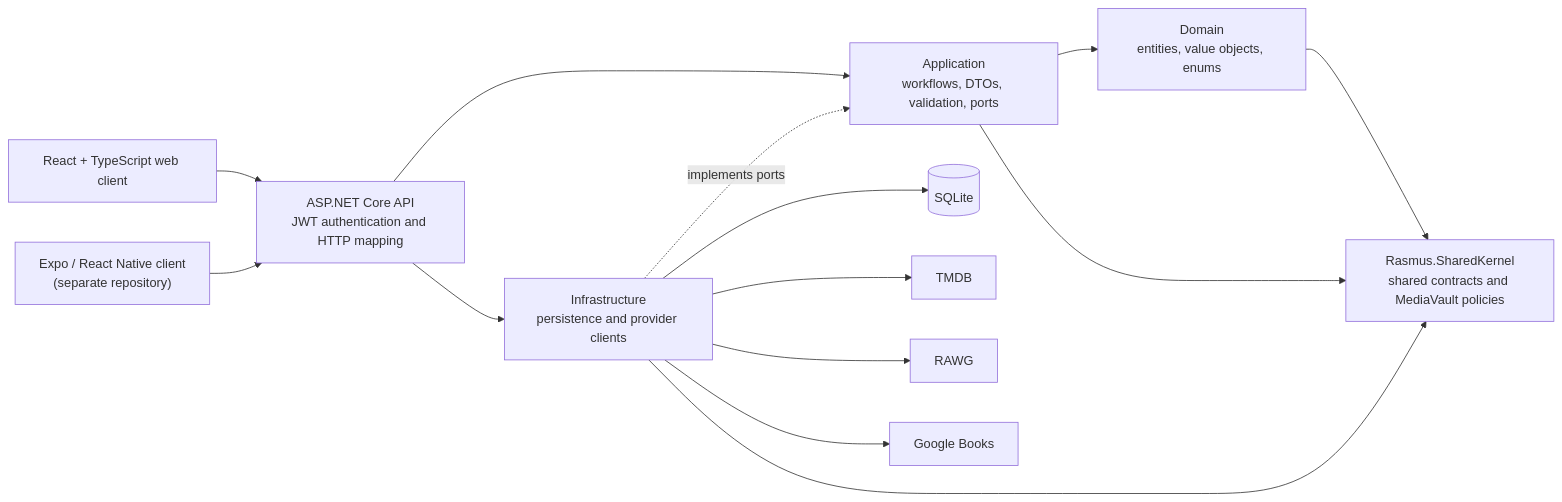
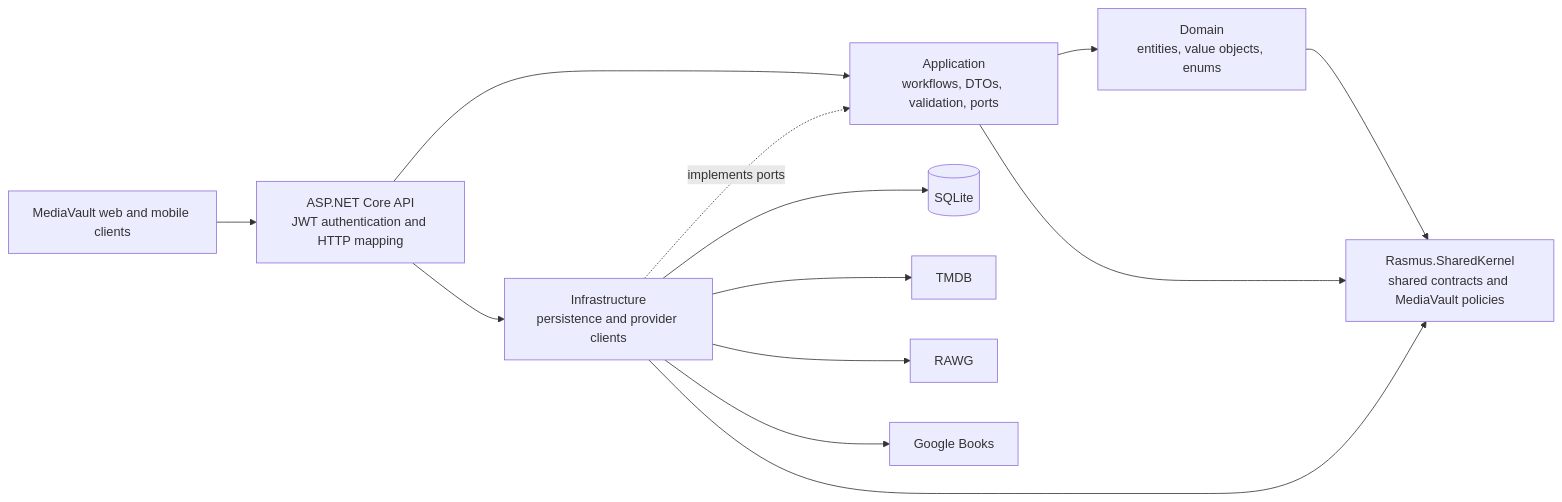
The diagram in README.md (Megaraz/MediaVault.Api), drawn with Mermaid before and after one commit. The commit also changed other lines of this file and 78 other files, not shown here.

Commit message:
Extract web client from API repository

````diff
--- a/README.md
+++ b/README.md
@@ -79,16 +49,15 @@
 ```mermaid
 flowchart LR
-    Web["React + TypeScript web client"] --> API["ASP.NET Core API<br/>JWT authentication and HTTP mapping"]
-    Android["Expo / React Native client<br/>(separate repository)"] --> API
+    Clients["MediaVault web and mobile clients"] --> API["ASP.NET Core API<br/>JWT authentication and HTTP mapping"]
     API --> Application["Application<br/>workflows, DTOs, validation, ports"]
     Application --> Domain["Domain<br/>entities, value objects, enums"]
     API --> Infrastructure["Infrastructure<br/>persistence and provider clients"]
     Infrastructure -. "implements ports" .-> Application
     Infrastructure --> SQLite[("SQLite")]
     Infrastructure --> TMDB["TMDB"]
     Infrastructure --> RAWG["RAWG"]
     Infrastructure --> Books["Google Books"]
     Domain --> SharedKernel["Rasmus.SharedKernel<br/>shared contracts and MediaVault policies"]
     Application --> SharedKernel
     Infrastructure --> SharedKernel
 ```
````
